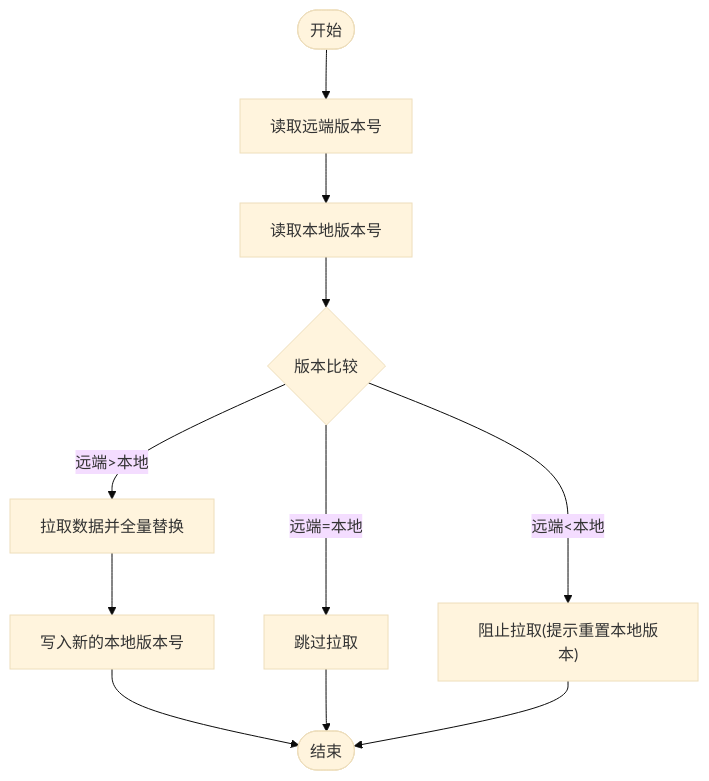
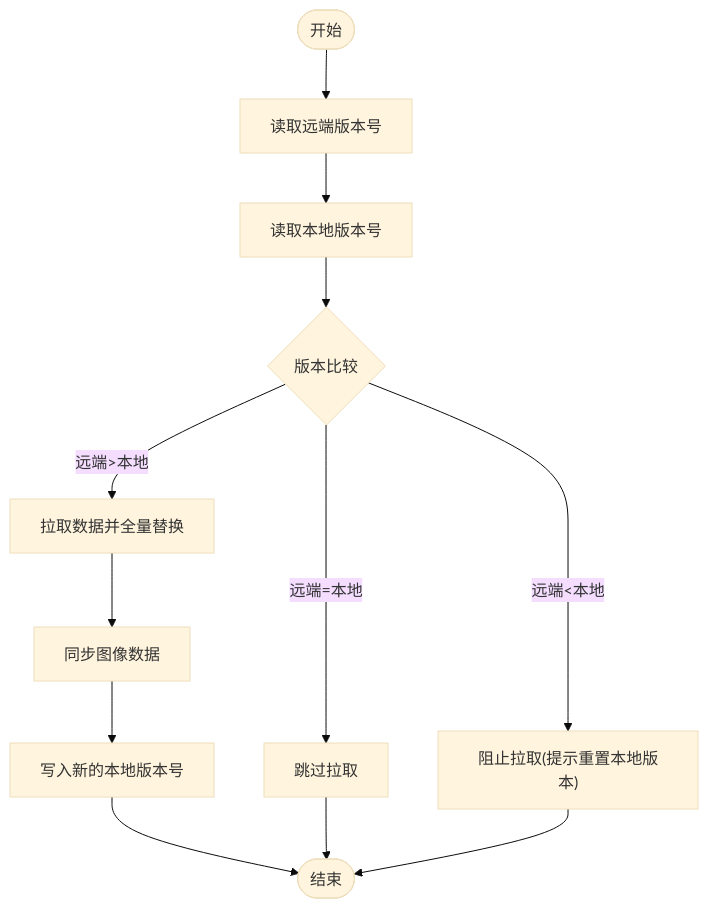
Before and after one commit to scgithub3220216/password-manager: the third of 5 diagrams in .qoder/repowiki/zh/content/业务逻辑层/数据同步机制.md, drawn with Mermaid (base theme). The commit also changed other lines of this file and 9 other files, not shown here.

First line of the commit message:
feat(sync): 新增图像数据同步支持

````diff
--- a/.qoder/repowiki/zh/content/业务逻辑层/数据同步机制.md
+++ b/.qoder/repowiki/zh/content/业务逻辑层/数据同步机制.md
@@ -166,13 +182,14 @@
 ```mermaid
 flowchart TD
 Start(["开始"]) --> GetRemote["读取远端版本号"]
 GetRemote --> GetLocal["读取本地版本号"]
 GetLocal --> Compare{"版本比较"}
 Compare --> |远端>本地| Pull["拉取数据并全量替换"]
 Compare --> |远端=本地| SkipPull["跳过拉取"]
 Compare --> |远端<本地| BlockPull["阻止拉取(提示重置本地版本)"]
-Pull --> SaveLocalVer["写入新的本地版本号"]
+Pull --> SyncImages["同步图像数据"]
+SyncImages --> SaveLocalVer["写入新的本地版本号"]
 SaveLocalVer --> End(["结束"])
 SkipPull --> End
 BlockPull --> End
 ```
````
